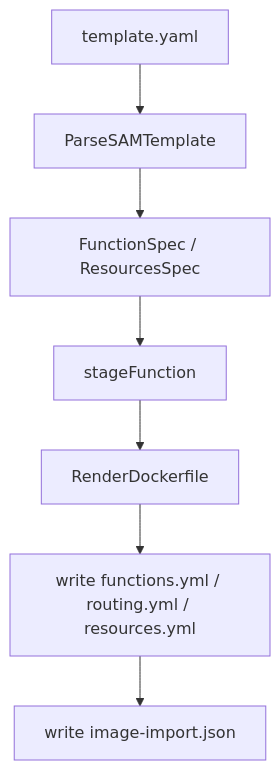
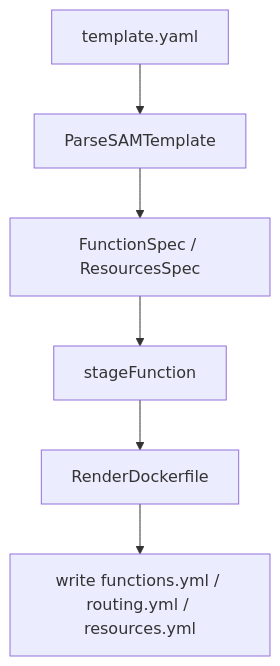
The diagram in docs/generator-architecture.md (poruru-code/esb-cli), drawn with Mermaid before and after one commit. The commit also changed other lines of this file and 22 other files, not shown here.

Commit message:
refactor: remove prewarm and image-import workflows

````diff
--- a/docs/generator-architecture.md
+++ b/docs/generator-architecture.md
@@ -27,9 +26,8 @@
 ```mermaid
 flowchart TD
     A[template.yaml] --> B[ParseSAMTemplate]
     B --> C[FunctionSpec / ResourcesSpec]
     C --> D[stageFunction]
     D --> E[RenderDockerfile]
     E --> F[write functions.yml / routing.yml / resources.yml]
-    F --> G[write image-import.json]
 ```
````
